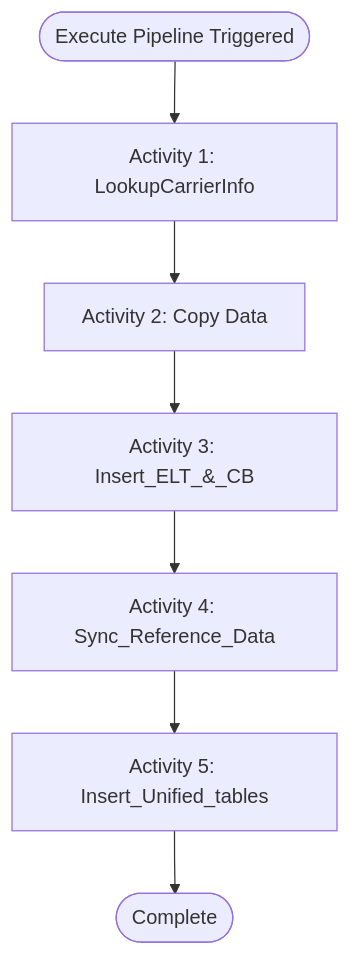
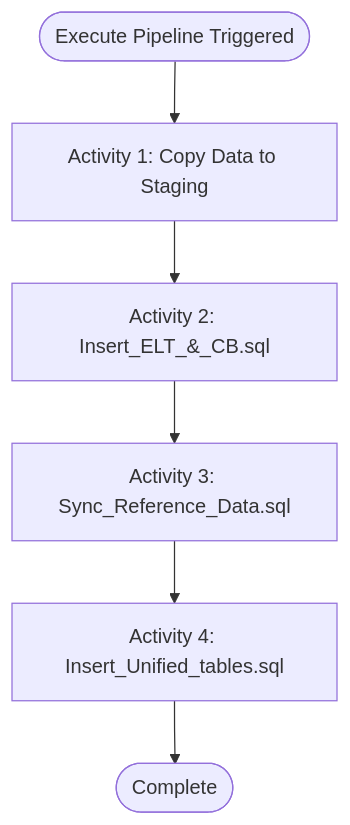
Before and after one commit to Rajatbox/ADF_bill_ingestion: the second of 3 diagrams in architecture.md, drawn with Mermaid. The commit also changed other lines of this file and 7 other files, not shown here.

````diff
--- a/architecture.md
+++ b/architecture.md
@@ -125,9 +235,8 @@
 ```mermaid
 flowchart TD
-    Start([Execute Pipeline Triggered]) --> Act1[Activity 1: LookupCarrierInfo]
-    Act1 --> Act2[Activity 2: Copy Data]
-    Act2 --> Act3[Activity 3: Insert_ELT_&_CB]
-    Act3 --> Act4[Activity 4: Sync_Reference_Data]
-    Act4 --> Act5[Activity 5: Insert_Unified_tables]
-    Act5 --> End([Complete])
+    Start([Execute Pipeline Triggered]) --> Act1[Activity 1: Copy Data to Staging]
+    Act1 --> Act2[Activity 2: Insert_ELT_&_CB.sql]
+    Act2 --> Act3[Activity 3: Sync_Reference_Data.sql]
+    Act3 --> Act4[Activity 4: Insert_Unified_tables.sql]
+    Act4 --> End([Complete])
 ```
````
